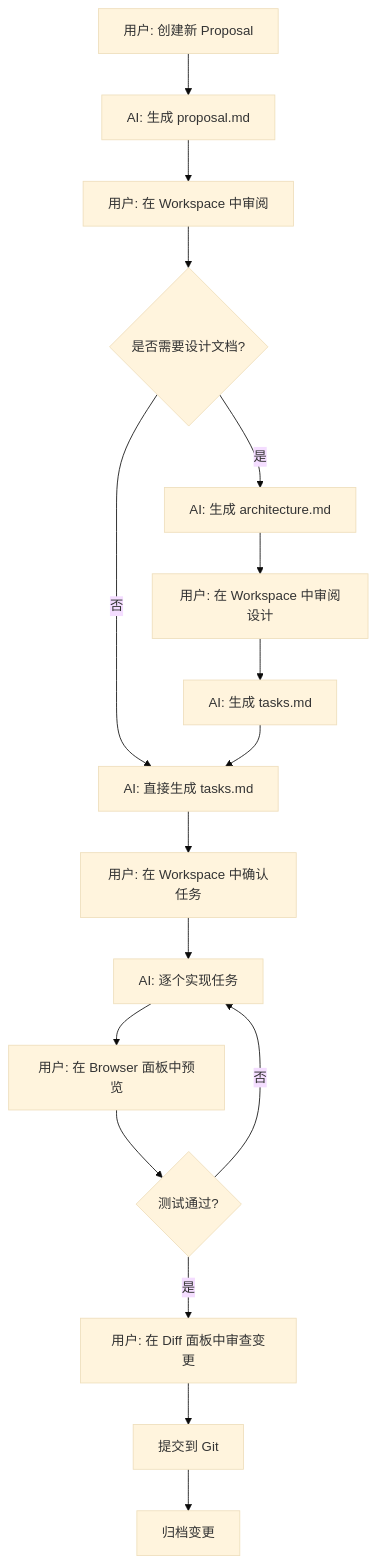
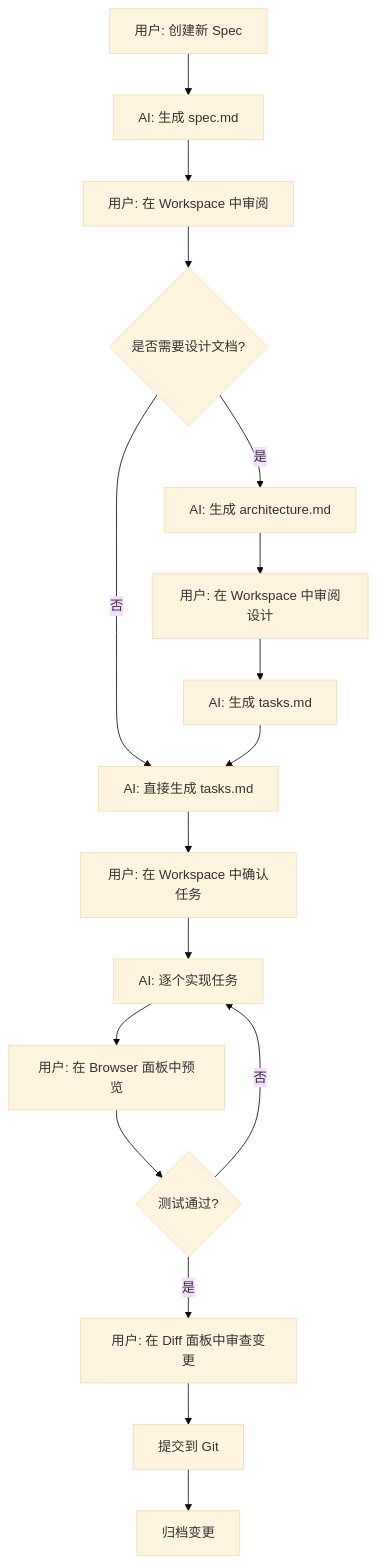
One commit to ZHUBoer/cc-spec-viewer changed the diagram in docs/specforge-spec-coding.md. Above: the diagram before and after it, drawn with Mermaid (base theme). The commit also changed other lines of this file and 610 other files, not shown here.

````diff
--- a/docs/specforge-spec-coding.md
+++ b/docs/specforge-spec-coding.md
@@ -144,19 +144,19 @@
 ```mermaid
 graph TD
-    A[用户: 创建新 Proposal] --> B[AI: 生成 proposal.md]
+    A[用户: 创建新 Spec] --> B[AI: 生成 spec.md]
     B --> C[用户: 在 Workspace 中审阅]
     C --> D{是否需要设计文档?}
     D -->|是| E[AI: 生成 architecture.md]
     D -->|否| H[AI: 直接生成 tasks.md]
     E --> F[用户: 在 Workspace 中审阅设计]
     F --> G[AI: 生成 tasks.md]
     G --> H
     H --> I[用户: 在 Workspace 中确认任务]
     I --> J[AI: 逐个实现任务]
     J --> K[用户: 在 Browser 面板中预览]
     K --> L{测试通过?}
     L -->|否| J
     L -->|是| M[用户: 在 Diff 面板中审查变更]
     M --> N[提交到 Git]
     N --> O[归档变更]
 ```
````
